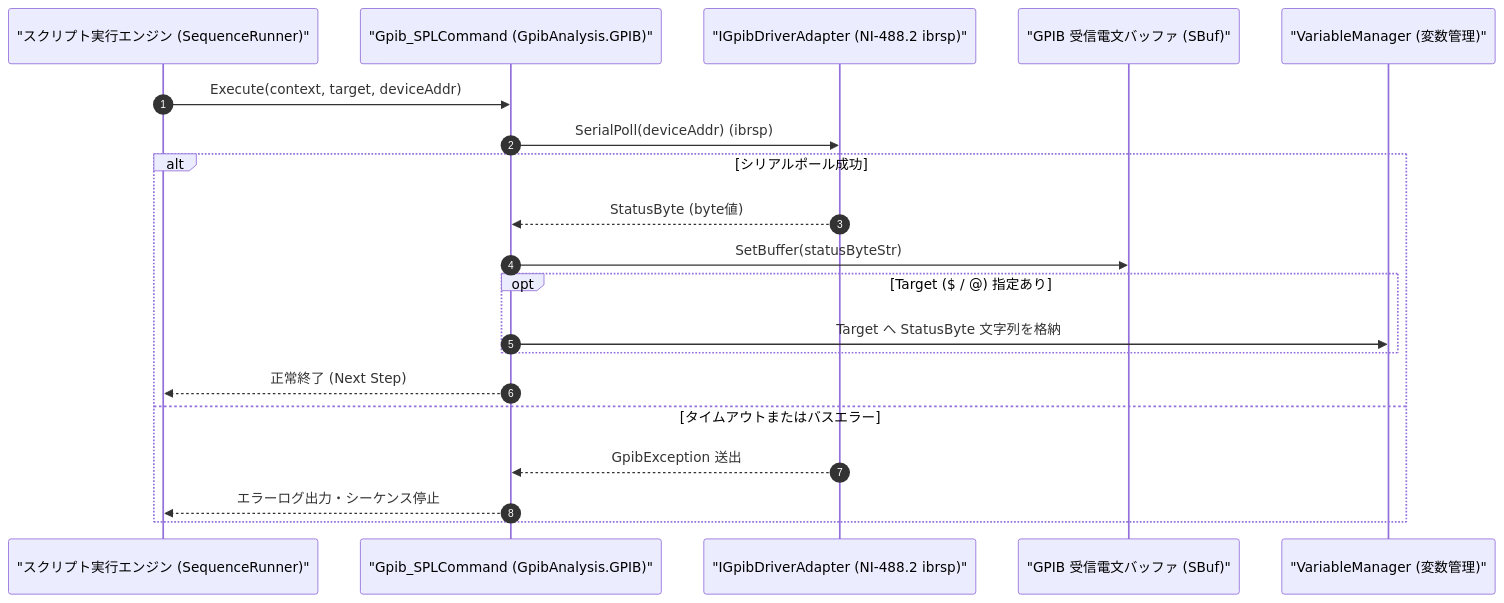
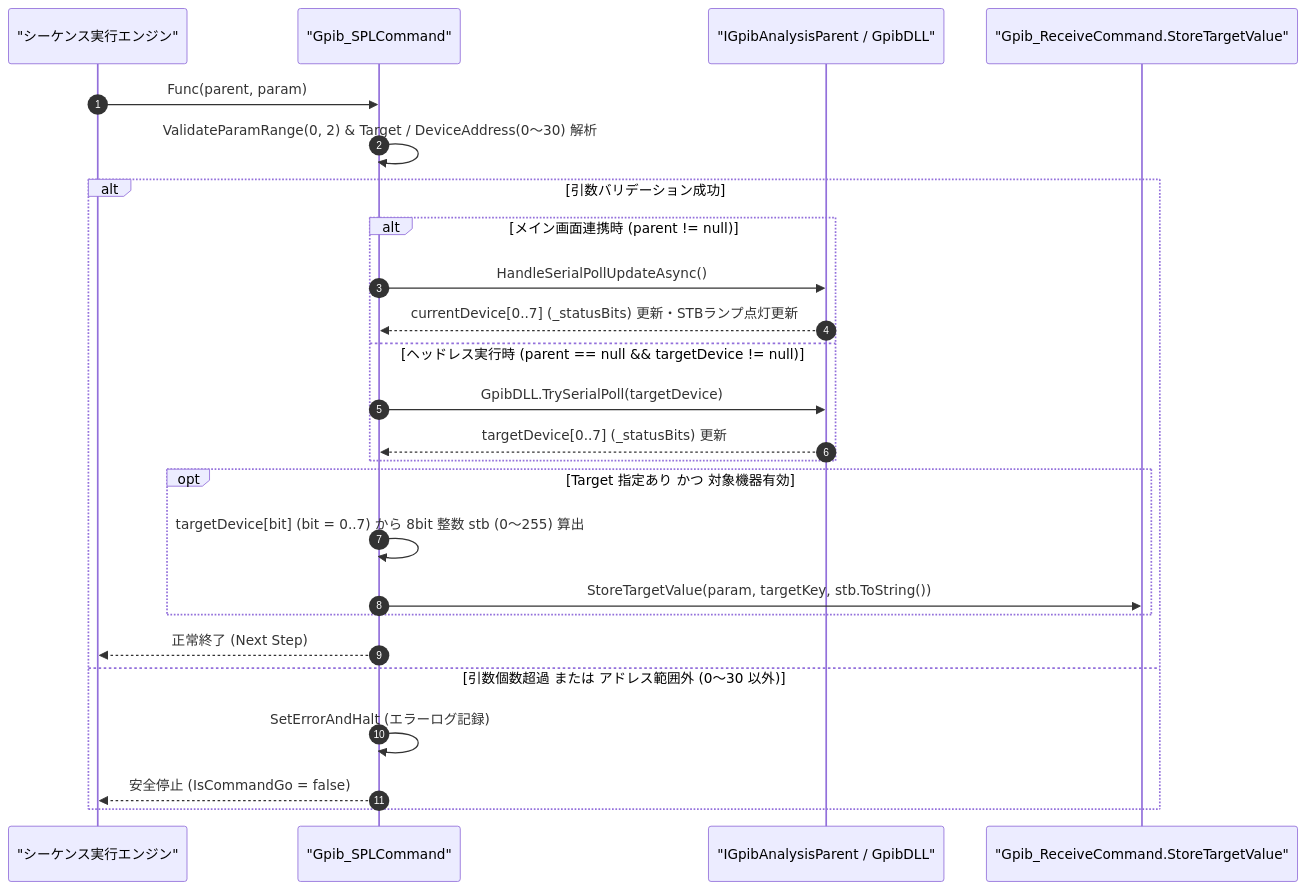
One commit to Monaca-App/GpibAddIn changed the diagram in Manual/GPIB/Gpib_SPL.Md. Above: the diagram before and after it, drawn with Mermaid. The commit also changed other lines of this file and 32 other files, not shown here.

````diff
--- a/Manual/GPIB/Gpib_SPL.Md
+++ b/Manual/GPIB/Gpib_SPL.Md
@@ -66,23 +66,28 @@
 ```mermaid
 sequenceDiagram
     autonumber
-    participant Script as "スクリプト実行エンジン (SequenceRunner)"
-    participant Cmd as "Gpib_SPLCommand (GpibAnalysis.GPIB)"
-    participant Drv as "IGpibDriverAdapter (NI-488.2 ibrsp)"
-    participant SBuf as "GPIB 受信電文バッファ (SBuf)"
-    participant Var as "VariableManager (変数管理)"
+    participant Script as "シーケンス実行エンジン"
+    participant Cmd as "Gpib_SPLCommand"
+    participant Parent as "IGpibAnalysisParent / GpibDLL"
+    participant Var as "Gpib_ReceiveCommand.StoreTargetValue"
 
-    Script->>Cmd: Execute(context, target, deviceAddr)
-    Cmd->>Drv: SerialPoll(deviceAddr) (ibrsp)
-    alt シリアルポール成功
-        Drv-->>Cmd: StatusByte (byte値)
-        Cmd->>SBuf: SetBuffer(statusByteStr)
-        opt Target ($ / @) 指定あり
-            Cmd->>Var: Target へ StatusByte 文字列を格納
+    Script->>Cmd: Func(parent, param)
+    Cmd->>Cmd: ValidateParamRange(0, 2) & Target / DeviceAddress(0〜30) 解析
+    alt 引数バリデーション成功
+        alt メイン画面連携時 (parent != null)
+            Cmd->>Parent: HandleSerialPollUpdateAsync()
+            Parent-->>Cmd: currentDevice[0..7] (_statusBits) 更新・STBランプ点灯更新
+        else ヘッドレス実行時 (parent == null && targetDevice != null)
+            Cmd->>Parent: GpibDLL.TrySerialPoll(targetDevice)
+            Parent-->>Cmd: targetDevice[0..7] (_statusBits) 更新
+        end
+        opt Target 指定あり かつ 対象機器有効
+            Cmd->>Cmd: targetDevice[bit] (bit = 0..7) から 8bit 整数 stb (0〜255) 算出
+            Cmd->>Var: StoreTargetValue(param, targetKey, stb.ToString())
         end
         Cmd-->>Script: 正常終了 (Next Step)
-    else タイムアウトまたはバスエラー
-        Drv-->>Cmd: GpibException 送出
-        Cmd-->>Script: エラーログ出力・シーケンス停止
+    else 引数個数超過 または アドレス範囲外 (0〜30 以外)
+        Cmd->>Cmd: SetErrorAndHalt (エラーログ記録)
+        Cmd-->>Script: 安全停止 (IsCommandGo = false)
     end
 ```
````
